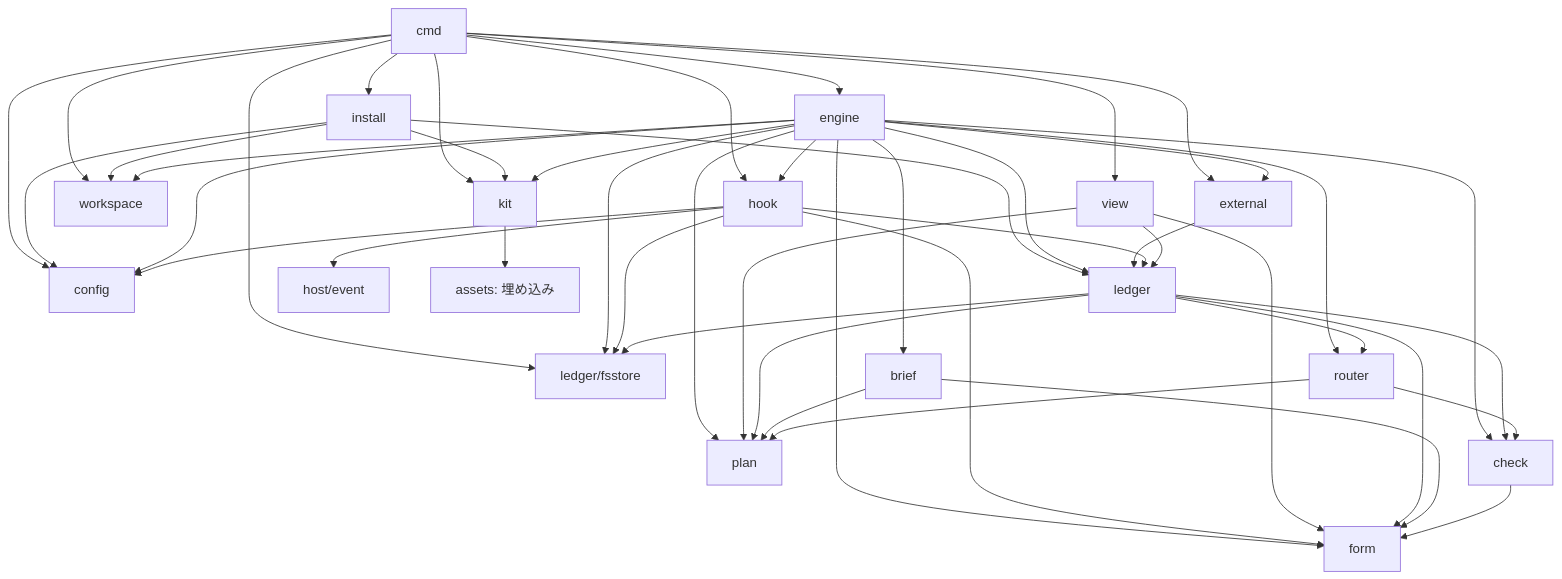
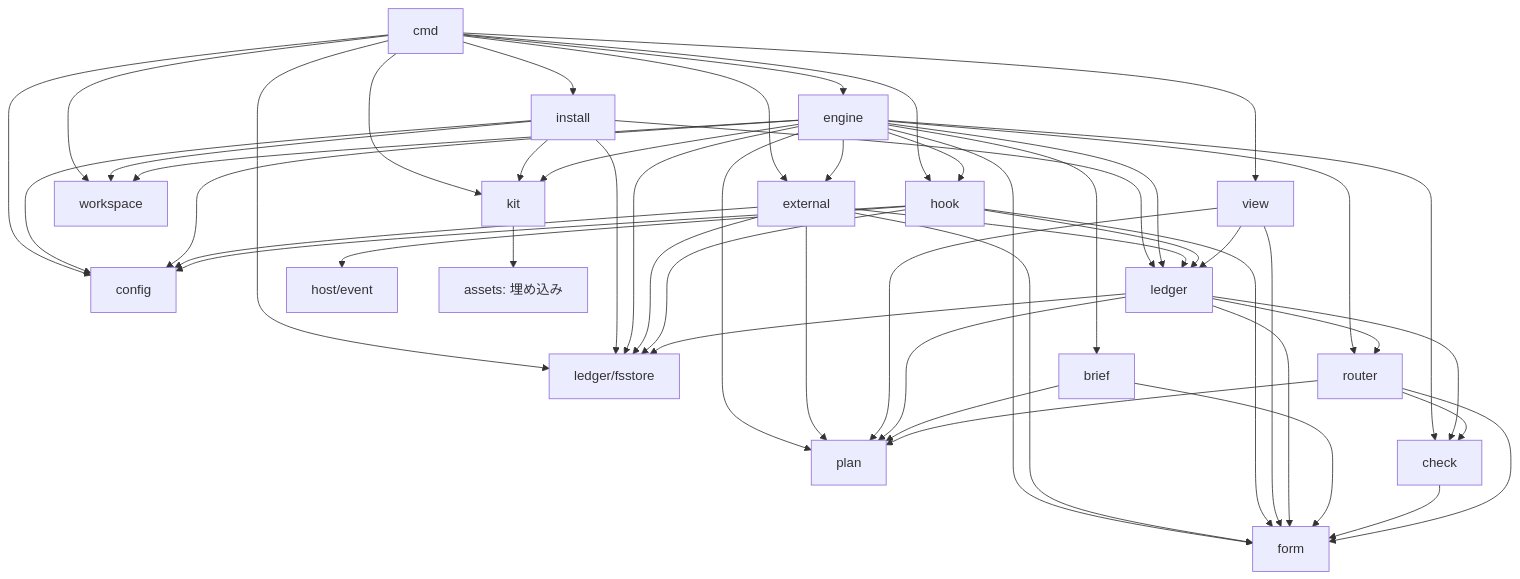
Before and after one commit to ildjenty/dev-kit: the diagram in docs/architecture/modules.md, drawn with Mermaid. The commit also changed 3 other files, not shown here.

````diff
--- a/docs/architecture/modules.md
+++ b/docs/architecture/modules.md
@@ -249,48 +249,54 @@
 ```mermaid
 graph TD
   cmd --> install
   cmd --> engine
   cmd --> hook
   cmd --> view
   cmd --> fsstore[ledger/fsstore]
   cmd --> workspace
   cmd --> external
   cmd --> config
   cmd --> kit
   install --> config
   install --> kit
   install --> ledger
   install --> workspace
+  install --> fsstore
   engine --> plan
   engine --> brief
   engine --> check
   engine --> router
   engine --> ledger
   engine --> form
   engine --> workspace
   engine --> external
   engine --> fsstore
   engine --> config
   engine --> hook
   engine --> kit
   external --> ledger
+  external --> config
+  external --> form
+  external --> plan
+  external --> fsstore
   hook --> ledger
   hook --> config
   hook --> hostevent[host/event]
   hook --> form
   hook --> fsstore
   view --> ledger
   view --> form
   view --> plan
   ledger --> plan
   ledger --> check
   ledger --> router
   ledger --> form
   ledger --> fsstore
   brief --> plan
   brief --> form
   check --> form
   router --> plan
   router --> check
+  router --> form
   kit --> assets[assets: 埋め込み]
 ```
````
